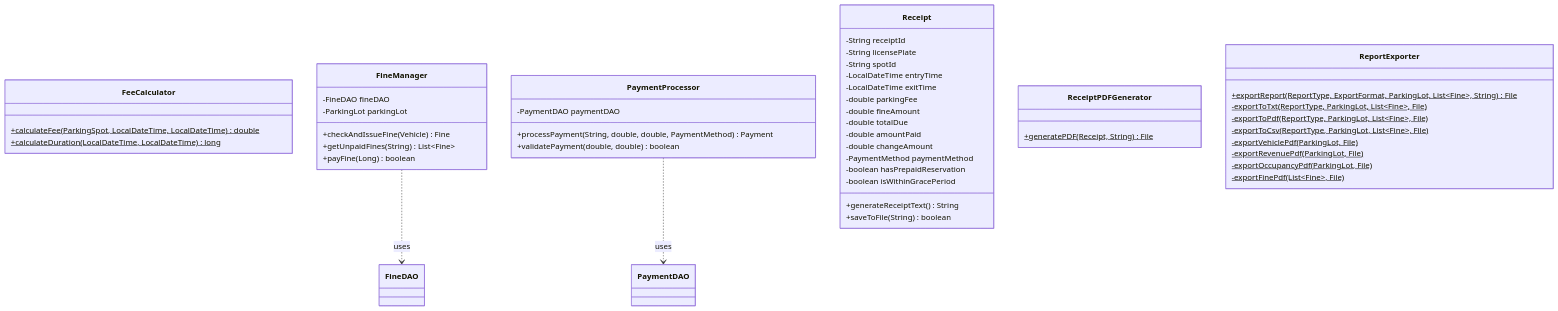
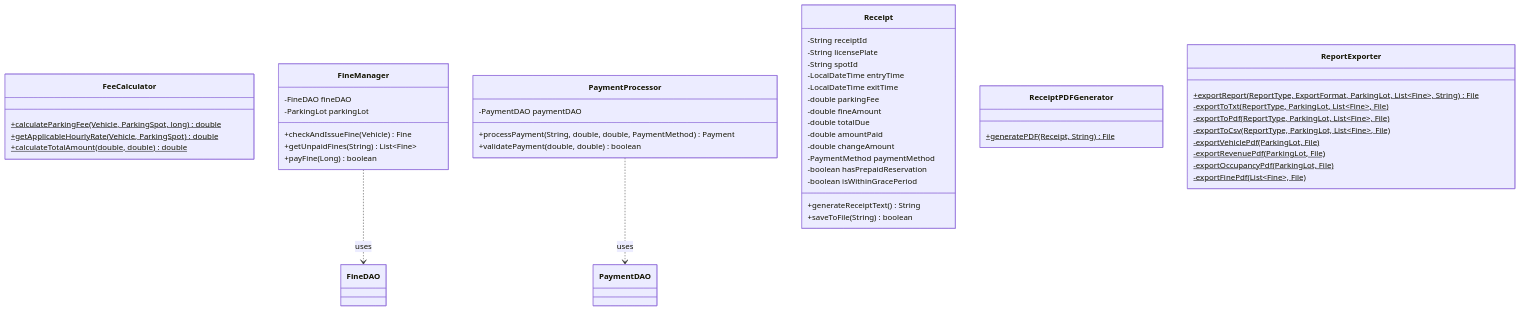
Before and after one commit to Jinyuanmak/OOAD-Assignment: the sixth of 22 diagrams in UML_DIAGRAMS.md, drawn with Mermaid. The commit also changed other lines of this file and 17 other files, not shown here.

````diff
--- a/UML_DIAGRAMS.md
+++ b/UML_DIAGRAMS.md
@@ -344,57 +346,58 @@
 ```mermaid
 classDiagram
     class FeeCalculator {
-        +calculateFee(ParkingSpot, LocalDateTime, LocalDateTime)$ double
-        +calculateDuration(LocalDateTime, LocalDateTime)$ long
+        +calculateParkingFee(Vehicle, ParkingSpot, long)$ double
+        +getApplicableHourlyRate(Vehicle, ParkingSpot)$ double
+        +calculateTotalAmount(double, double)$ double
     }
     
     class FineManager {
         -FineDAO fineDAO
         -ParkingLot parkingLot
         +checkAndIssueFine(Vehicle) Fine
         +getUnpaidFines(String) List~Fine~
         +payFine(Long) boolean
     }
     
     class PaymentProcessor {
         -PaymentDAO paymentDAO
         +processPayment(String, double, double, PaymentMethod) Payment
         +validatePayment(double, double) boolean
     }
     
     class Receipt {
         -String receiptId
         -String licensePlate
         -String spotId
         -LocalDateTime entryTime
         -LocalDateTime exitTime
         -double parkingFee
         -double fineAmount
         -double totalDue
         -double amountPaid
         -double changeAmount
         -PaymentMethod paymentMethod
         -boolean hasPrepaidReservation
         -boolean isWithinGracePeriod
         +generateReceiptText() String
         +saveToFile(String) boolean
     }
     
     class ReceiptPDFGenerator {
         +generatePDF(Receipt, String)$ File
     }
     
     class ReportExporter {
         +exportReport(ReportType, ExportFormat, ParkingLot, List~Fine~, String)$ File
         -exportToTxt(ReportType, ParkingLot, List~Fine~, File)$
         -exportToPdf(ReportType, ParkingLot, List~Fine~, File)$
         -exportToCsv(ReportType, ParkingLot, List~Fine~, File)$
         -exportVehiclePdf(ParkingLot, File)$
         -exportRevenuePdf(ParkingLot, File)$
         -exportOccupancyPdf(ParkingLot, File)$
         -exportFinePdf(List~Fine~, File)$
     }
     
     FineManager ..> FineDAO : uses
     PaymentProcessor ..> PaymentDAO : uses
 ```
````
